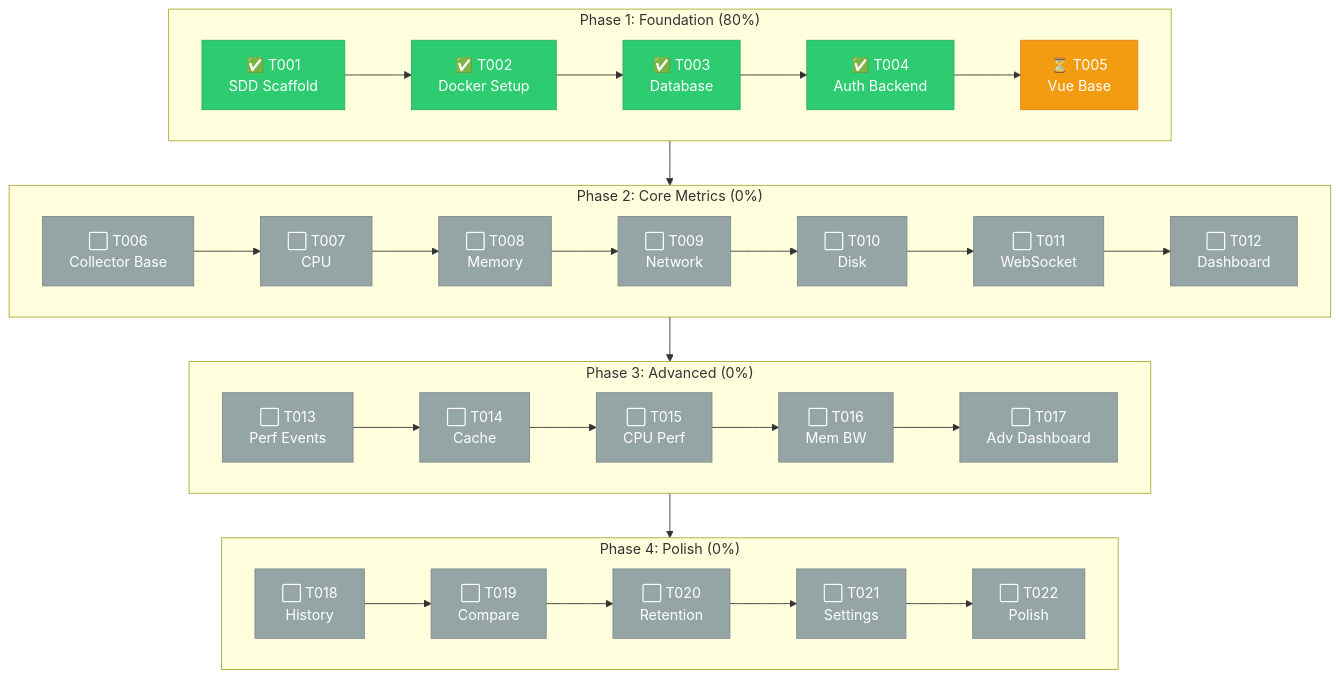
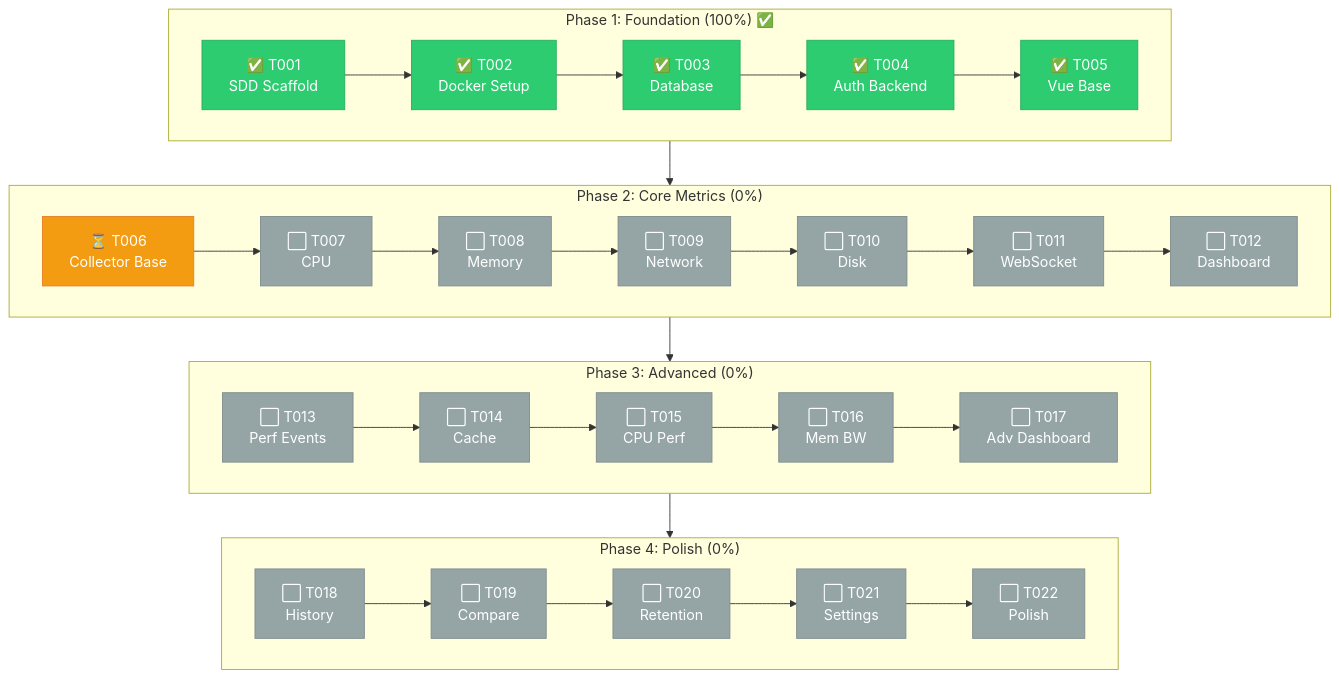
The diagram in README.md (zhyndalf/perfwatch), drawn with Mermaid before and after one commit. The commit also changed other lines of this file and 20 other files, not shown here.

First line of the commit message:
feat(frontend): implement Vue.js frontend base with auth flow (T005)

````diff
--- a/README.md
+++ b/README.md
@@ -17,51 +19,51 @@
 ```mermaid
 flowchart TB
-    subgraph P1["Phase 1: Foundation (80%)"]
+    subgraph P1["Phase 1: Foundation (100%) ✅"]
         T001["✅ T001<br/>SDD Scaffold"]
         T002["✅ T002<br/>Docker Setup"]
         T003["✅ T003<br/>Database"]
         T004["✅ T004<br/>Auth Backend"]
-        T005["⏳ T005<br/>Vue Base"]
+        T005["✅ T005<br/>Vue Base"]
         T001 --> T002 --> T003 --> T004 --> T005
     end
 
     subgraph P2["Phase 2: Core Metrics (0%)"]
-        T006["⬜ T006<br/>Collector Base"]
+        T006["⏳ T006<br/>Collector Base"]
         T007["⬜ T007<br/>CPU"]
         T008["⬜ T008<br/>Memory"]
         T009["⬜ T009<br/>Network"]
         T010["⬜ T010<br/>Disk"]
         T011["⬜ T011<br/>WebSocket"]
         T012["⬜ T012<br/>Dashboard"]
         T006 --> T007 --> T008 --> T009 --> T010 --> T011 --> T012
     end
 
     subgraph P3["Phase 3: Advanced (0%)"]
         T013["⬜ T013<br/>Perf Events"]
         T014["⬜ T014<br/>Cache"]
         T015["⬜ T015<br/>CPU Perf"]
         T016["⬜ T016<br/>Mem BW"]
         T017["⬜ T017<br/>Adv Dashboard"]
         T013 --> T014 --> T015 --> T016 --> T017
     end
 
     subgraph P4["Phase 4: Polish (0%)"]
         T018["⬜ T018<br/>History"]
         T019["⬜ T019<br/>Compare"]
         T020["⬜ T020<br/>Retention"]
         T021["⬜ T021<br/>Settings"]
         T022["⬜ T022<br/>Polish"]
         T018 --> T019 --> T020 --> T021 --> T022
     end
 
     P1 --> P2 --> P3 --> P4
 
     %% Styles
     classDef done fill:#2ecc71,stroke:#27ae60,color:#fff
     classDef progress fill:#f39c12,stroke:#e67e22,color:#fff
     classDef todo fill:#95a5a6,stroke:#7f8c8d,color:#fff
 
-    class T001,T002,T003,T004 done
-    class T005 progress
-    class T006,T007,T008,T009,T010,T011,T012,T013,T014,T015,T016,T017,T018,T019,T020,T021,T022 todo
+    class T001,T002,T003,T004,T005 done
+    class T006 progress
+    class T007,T008,T009,T010,T011,T012,T013,T014,T015,T016,T017,T018,T019,T020,T021,T022 todo
 ```
````
